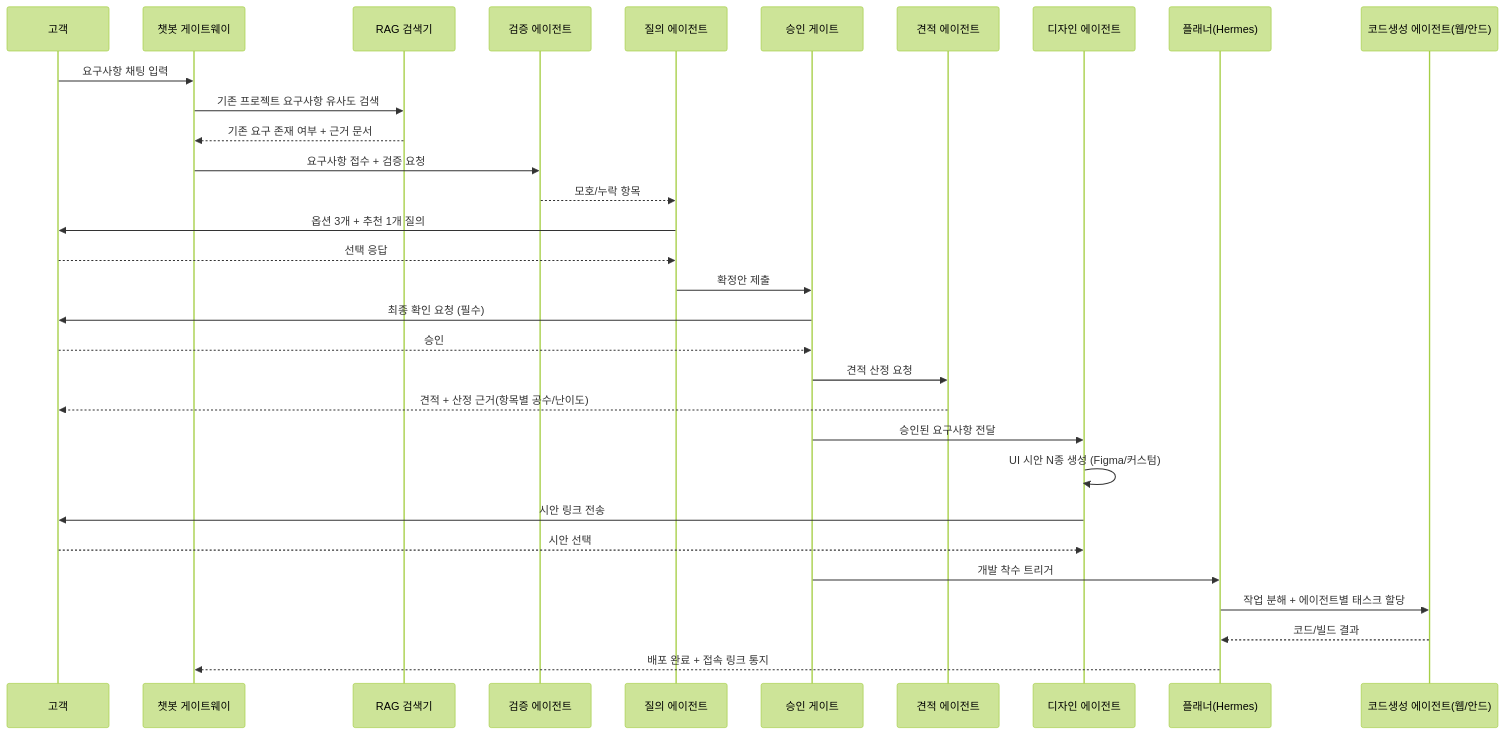
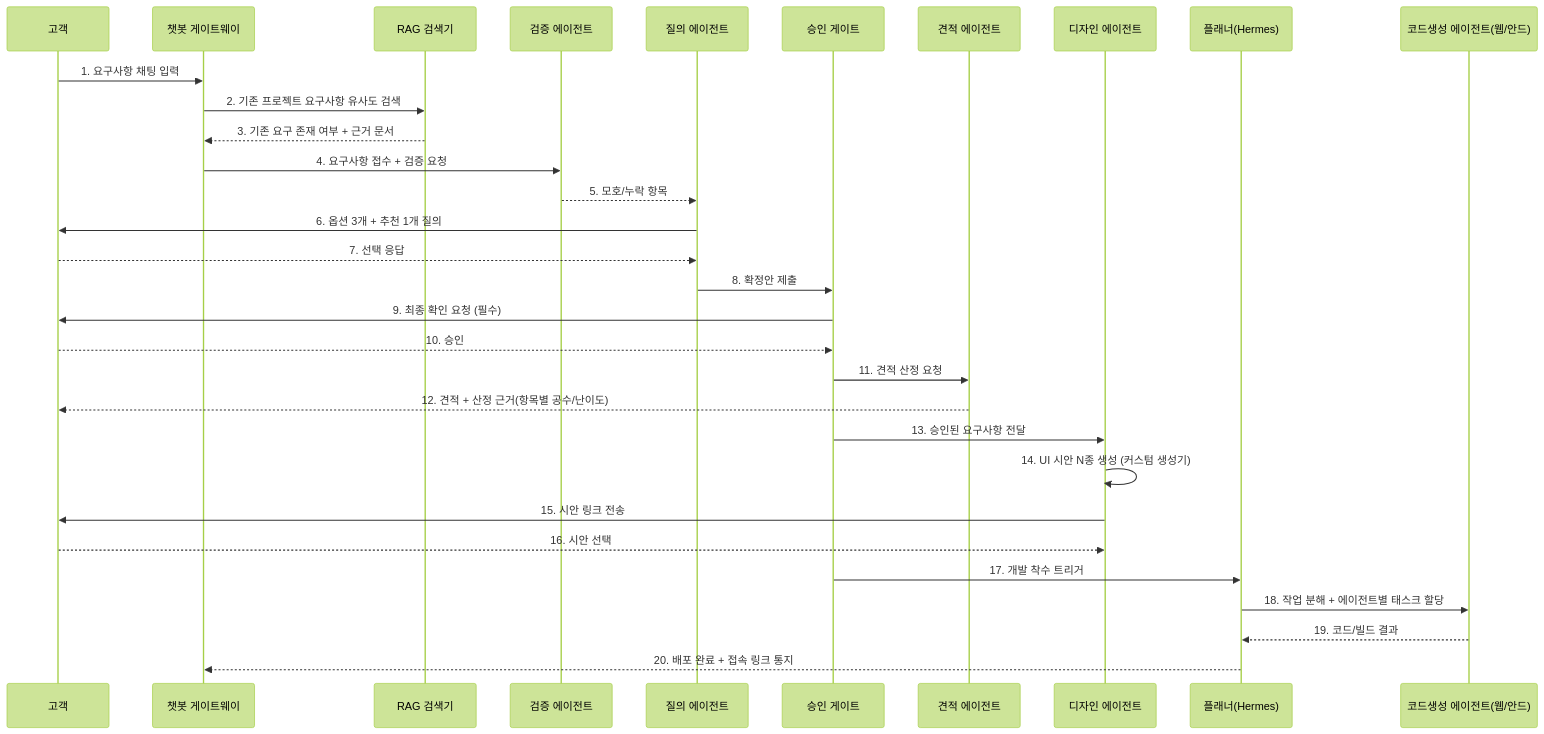
Before and after one commit to kyungsikjeung/agt001: the second of 2 diagrams in docs/hackathon/ARCHITECTURE.md, drawn with Mermaid (forest theme). The commit also changed other lines of this file and 1 other file, not shown here.

Commit message:
Number every sequence diagram step and add explanation tables
Standing rule from the user: readers unfamiliar with sequence-diagram
notation need each message numbered (1, 2, 3, ...) with a plain-language
table directly below explaining every step. Apply to all sequence diagrams
currently in the repo: the 4 README scenario diagrams and the requirement
pipeline sequence diagram in docs/hackathon/ARCHITECTURE.md §2.

````diff
--- a/docs/hackathon/ARCHITECTURE.md
+++ b/docs/hackathon/ARCHITECTURE.md
@@ -159,34 +159,34 @@
 ```mermaid
 sequenceDiagram
     participant C as 고객
     participant B as 챗봇 게이트웨이
     participant R as RAG 검색기
     participant V as 검증 에이전트
     participant A as 질의 에이전트
     participant G as 승인 게이트
     participant Q as 견적 에이전트
     participant D as 디자인 에이전트
     participant P as 플래너(Hermes)
     participant K as 코드생성 에이전트(웹/안드)
 
-    C->>B: 요구사항 채팅 입력
-    B->>R: 기존 프로젝트 요구사항 유사도 검색
-    R-->>B: 기존 요구 존재 여부 + 근거 문서
-    B->>V: 요구사항 접수 + 검증 요청
-    V-->>A: 모호/누락 항목
-    A->>C: 옵션 3개 + 추천 1개 질의
-    C-->>A: 선택 응답
-    A->>G: 확정안 제출
-    G->>C: 최종 확인 요청 (필수)
-    C-->>G: 승인
-    G->>Q: 견적 산정 요청
-    Q-->>C: 견적 + 산정 근거(항목별 공수/난이도)
-    G->>D: 승인된 요구사항 전달
-    D->>D: UI 시안 N종 생성 (Figma/커스텀)
-    D->>C: 시안 링크 전송
-    C-->>D: 시안 선택
-    G->>P: 개발 착수 트리거
-    P->>K: 작업 분해 + 에이전트별 태스크 할당
-    K-->>P: 코드/빌드 결과
-    P-->>B: 배포 완료 + 접속 링크 통지
+    C->>B: 1. 요구사항 채팅 입력
+    B->>R: 2. 기존 프로젝트 요구사항 유사도 검색
+    R-->>B: 3. 기존 요구 존재 여부 + 근거 문서
+    B->>V: 4. 요구사항 접수 + 검증 요청
+    V-->>A: 5. 모호/누락 항목
+    A->>C: 6. 옵션 3개 + 추천 1개 질의
+    C-->>A: 7. 선택 응답
+    A->>G: 8. 확정안 제출
+    G->>C: 9. 최종 확인 요청 (필수)
+    C-->>G: 10. 승인
+    G->>Q: 11. 견적 산정 요청
+    Q-->>C: 12. 견적 + 산정 근거(항목별 공수/난이도)
+    G->>D: 13. 승인된 요구사항 전달
+    D->>D: 14. UI 시안 N종 생성 (커스텀 생성기)
+    D->>C: 15. 시안 링크 전송
+    C-->>D: 16. 시안 선택
+    G->>P: 17. 개발 착수 트리거
+    P->>K: 18. 작업 분해 + 에이전트별 태스크 할당
+    K-->>P: 19. 코드/빌드 결과
+    P-->>B: 20. 배포 완료 + 접속 링크 통지
 ```
````
